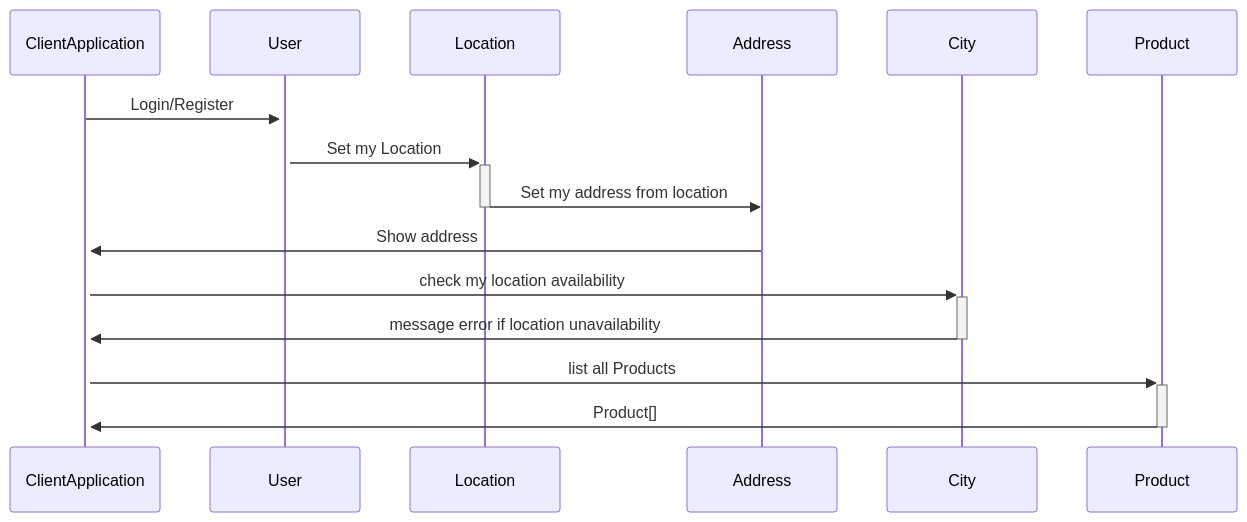
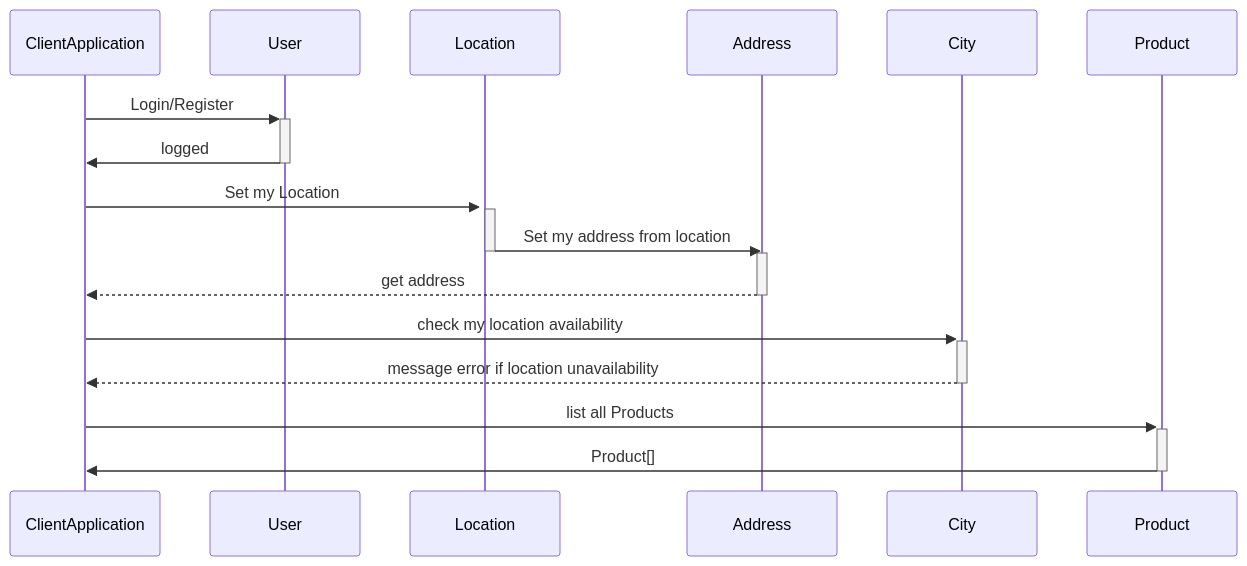
Before and after one commit to joussin/api_allopico_old: the second of 6 diagrams in readme.md, drawn with Mermaid.

````diff
--- a/readme.md
+++ b/readme.md
@@ -183,19 +183,25 @@
 ```mermaid
 sequenceDiagram
 
+
 ClientApplication->>+User: Login/Register
 
-User->>+Location: Set my Location
+User->>-ClientApplication: logged
+
+activate Location
+ClientApplication->>+Location: Set my Location
+
 
 Location->>-Address: Set my address from location
 
-Address->>+ClientApplication: Show address
+activate Address
+Address-->>-ClientApplication: get address
 
 ClientApplication->>+City: check my location availability
 
-City->>-ClientApplication: message error if location unavailability
+City-->>-ClientApplication: message error if location unavailability
 
 ClientApplication->>+Product: list all Products
 
 Product->>-ClientApplication: Product[]
 ```
````
